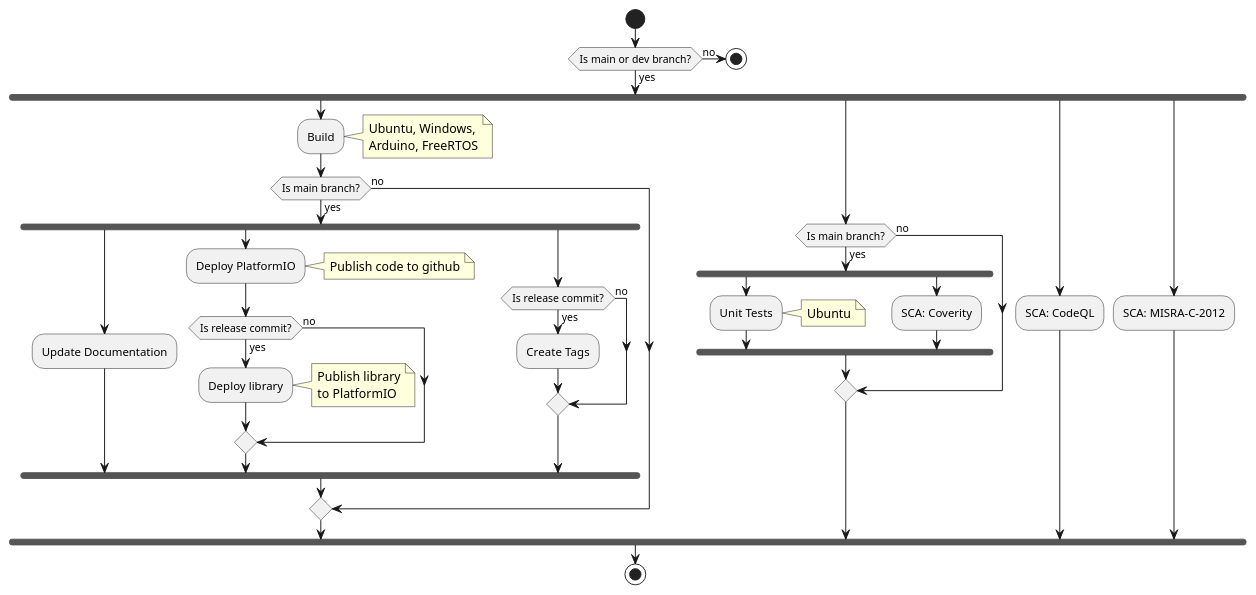
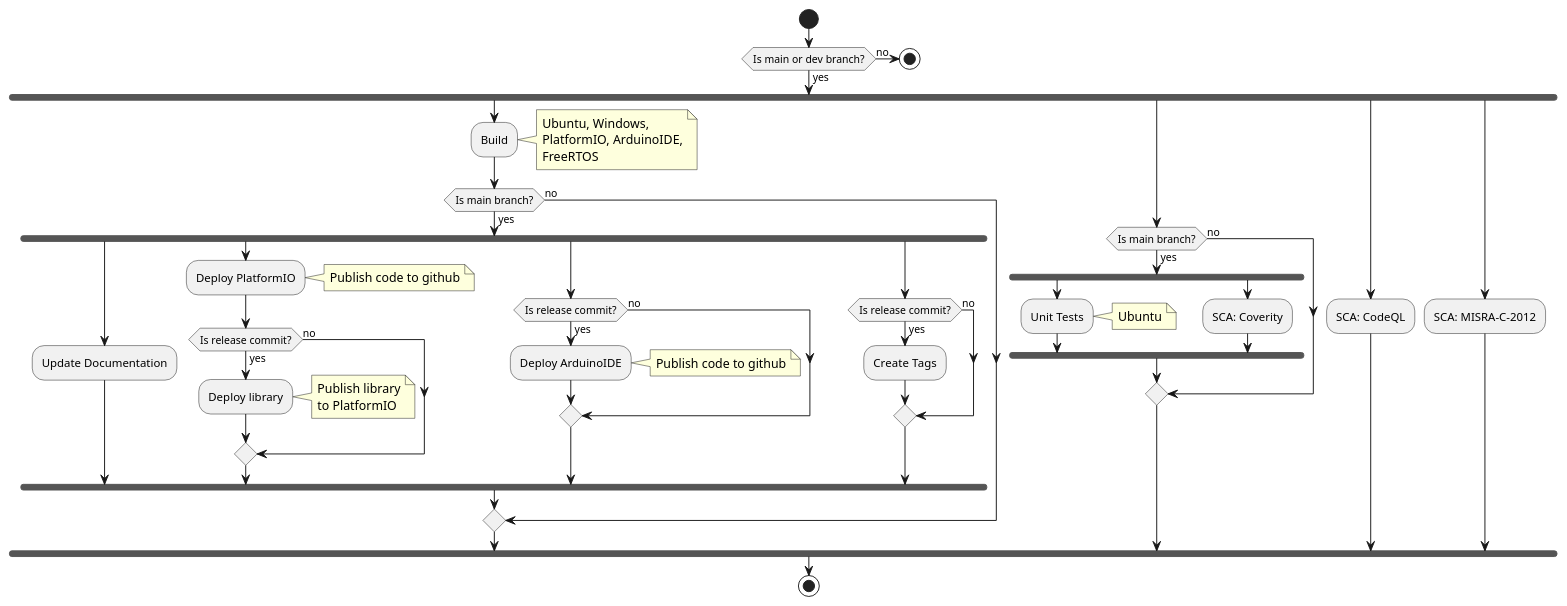
The diagram in doc/ci_workflow.pu (igor-krechetov/hsmcpp), drawn with PlantUML before and after one commit. The commit also changed 23 other files, not shown here.

First line of the commit message:
[0.31.0][r] ArduinoIDE support

```diff
--- a/doc/ci_workflow.pu
+++ b/doc/ci_workflow.pu
@@ -1,58 +1,66 @@
 @startuml
 start
 
 if (Is main or dev branch?) then (yes)
     fork
         :Build;
         note right
             Ubuntu, Windows,
-            Arduino, FreeRTOS
+            PlatformIO, ArduinoIDE,
+            FreeRTOS
         end note
 
         if (Is main branch?) then (yes)
             fork
                 :Update Documentation;
             fork again
                 :Deploy PlatformIO;
                 note right: Publish code to github
                 if (Is release commit?) then (yes)
                     :Deploy library;
                     note right
                         Publish library
                         to PlatformIO
                     end note
+                else (no)
+                    ' skip
+                endif
+            fork again
+                if (Is release commit?) then (yes)
+                    :Deploy ArduinoIDE;
+                    note right: Publish code to github
                 else (no)
                     ' skip
                 endif
             fork again
                 if (Is release commit?) then (yes)
                     :Create Tags;
                 else (no)
                     ' skip
                 endif
             end fork
         else (no)
             ' skip
         endif
     fork again
         if (Is main branch?) then (yes)
             fork
                 :Unit Tests;
                 note right: Ubuntu
             fork again
                 :SCA: Coverity;
             end fork
         else (no)
             ' skip
         endif
     fork again
         :SCA: CodeQL;
     fork again
         :SCA: MISRA-C-2012;
     end fork
 else (no)
     stop
 endif
 
 stop
 @enduml
```
